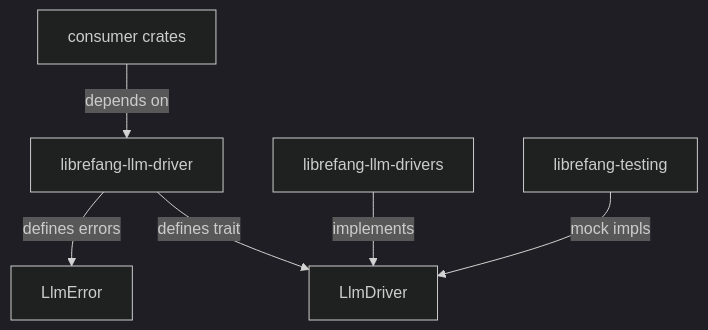
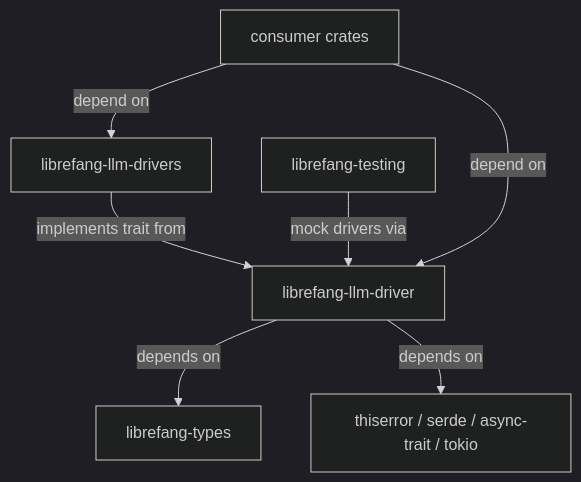
The diagram in other-librefang-llm-driver.md (leszek3737/librefang-WIki), drawn with Mermaid (dark theme) before and after one commit. The commit also changed other lines of this file and 110 other files, not shown here.

````diff
--- a/other-librefang-llm-driver.md
+++ b/other-librefang-llm-driver.md
@@ -11,8 +9,9 @@
 ```mermaid
 graph TD
-    A[librefang-llm-driver] -->|defines trait| B[LlmDriver]
-    A -->|defines errors| C[LlmError]
-    D[librefang-llm-drivers] -->|implements| B
-    E[librefang-testing] -->|mock impls| B
-    F[consumer crates] -->|depends on| A
+    A[librefang-llm-driver] -->|depends on| B[librefang-types]
+    A -->|depends on| C[thiserror / serde / async-trait / tokio]
+    D[librefang-llm-drivers] -->|implements trait from| A
+    E[librefang-testing] -->|mock drivers via| A
+    F[consumer crates] -->|depend on| A
+    F -->|depend on| D
 ```
````
